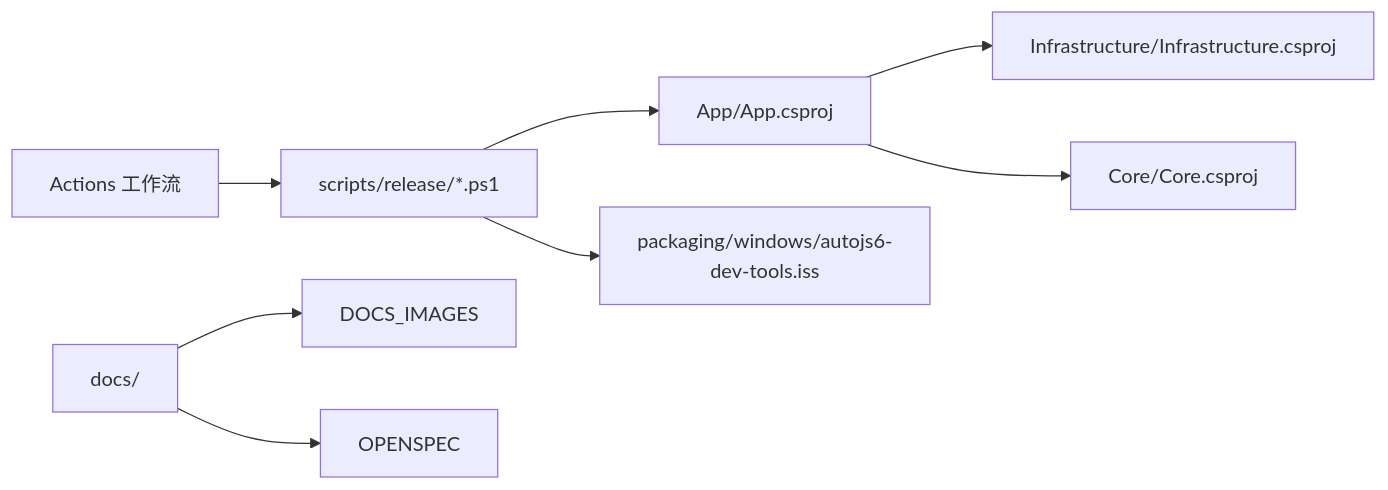
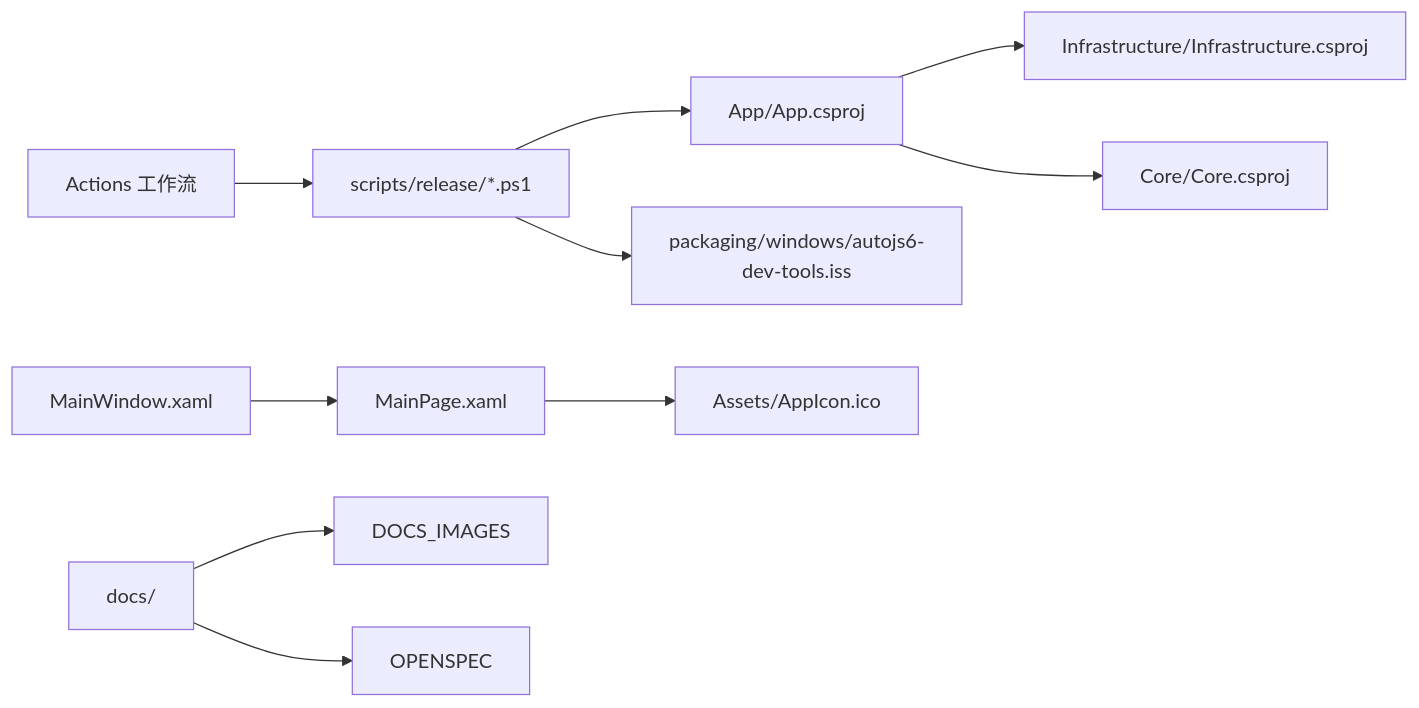
Before and after one commit to terwer/autojs6-dev-tools: the ninth of 9 diagrams in .qoder/repowiki/zh/content/开发指南/部署与发布流程.md, drawn with Mermaid. The commit also changed other lines of this file and 6 other files, not shown here.

````diff
--- a/.qoder/repowiki/zh/content/开发指南/部署与发布流程.md
+++ b/.qoder/repowiki/zh/content/开发指南/部署与发布流程.md
@@ -381,10 +456,12 @@
 ```mermaid
 graph LR
 APP["App/App.csproj"] --> INFRA["Infrastructure/Infrastructure.csproj"]
 APP --> CORE["Core/Core.csproj"]
 SCRIPTS["scripts/release/*.ps1"] --> APP
 SCRIPTS --> ISS["packaging/windows/autojs6-dev-tools.iss"]
 GH["Actions 工作流"] --> SCRIPTS
+MAIN_WINDOW["MainWindow.xaml"] --> MAIN_PAGE["MainPage.xaml"]
+MAIN_PAGE --> ASSETS["Assets/AppIcon.ico"]
 DOCS["docs/"] --> DOCS_IMAGES
 DOCS --> OPENSPEC
 ```
````
